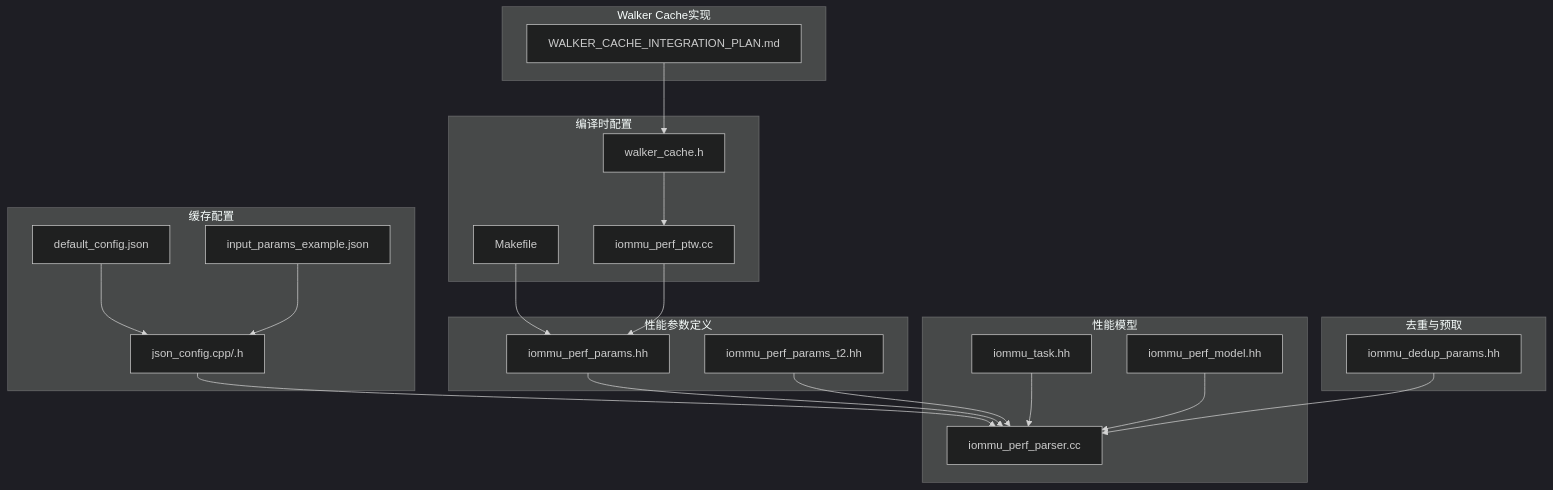
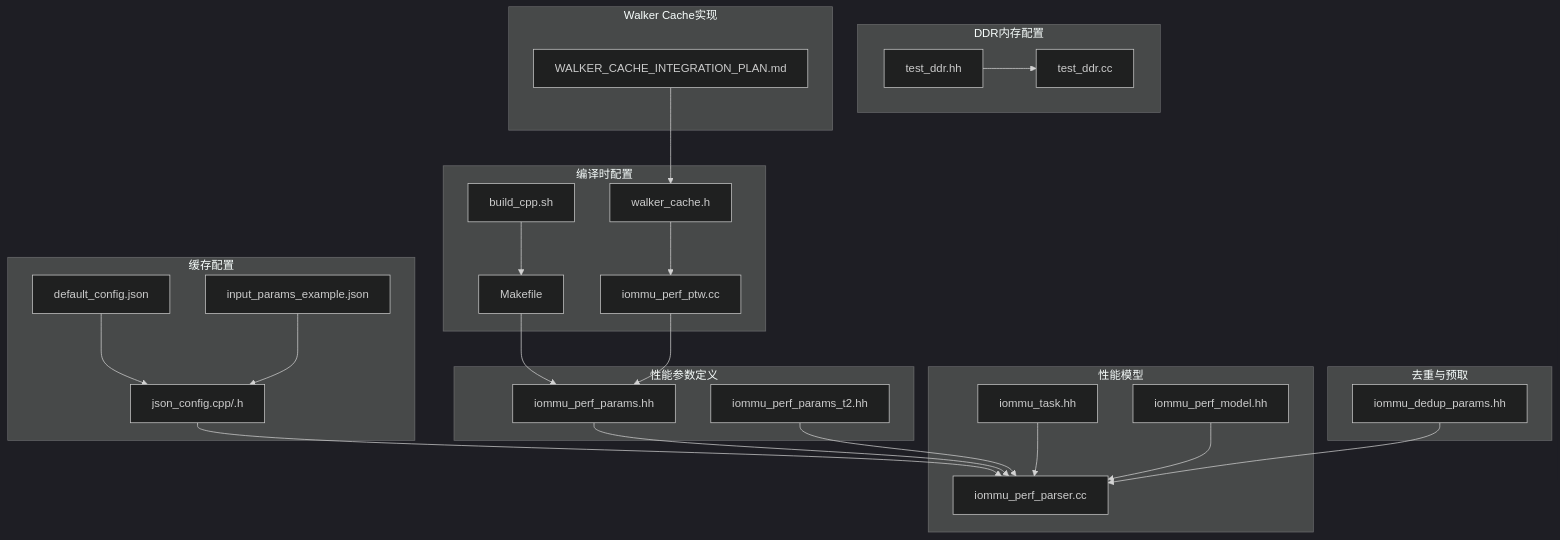
One commit to jiangjiang1122/iommu_model_20260401_v1 changed the first of 6 diagrams in .qoder/repowiki/zh/content/性能模型/性能参数配置.md. Above: the diagram before and after it, drawn with Mermaid (dark theme). The commit also changed other lines of this file and 186 other files, not shown here.

````diff
--- a/.qoder/repowiki/zh/content/性能模型/性能参数配置.md
+++ b/.qoder/repowiki/zh/content/性能模型/性能参数配置.md
@@ -59,40 +63,47 @@
 ```mermaid
 graph TB
 subgraph "性能参数定义"
 P1["iommu_perf_params.hh"]
 P2["iommu_perf_params_t2.hh"]
 end
 subgraph "缓存配置"
 C1["default_config.json"]
 C2["input_params_example.json"]
 JC["json_config.cpp/.h"]
 end
 subgraph "性能模型"
 PM["iommu_perf_parser.cc"]
 TS["iommu_task.hh"]
 PF["iommu_perf_model.hh"]
 end
 subgraph "去重与预取"
 DP["iommu_dedup_params.hh"]
 end
+subgraph "DDR内存配置"
+DDRH["test_ddr.hh"]
+DDRC["test_ddr.cc"]
+end
 subgraph "编译时配置"
 MK["Makefile"]
 WC["walker_cache.h"]
 PT["iommu_perf_ptw.cc"]
+BSC["build_cpp.sh"]
 end
 subgraph "Walker Cache实现"
 WCI["WALKER_CACHE_INTEGRATION_PLAN.md"]
 end
 C1 --> JC
 C2 --> JC
 JC --> PM
 P1 --> PM
 P2 --> PM
 TS --> PM
 PF --> PM
 DP --> PM
 MK --> P1
 WC --> PT
 PT --> P1
 WCI --> WC
+DDRH --> DDRC
+BSC --> MK
 ```
````
